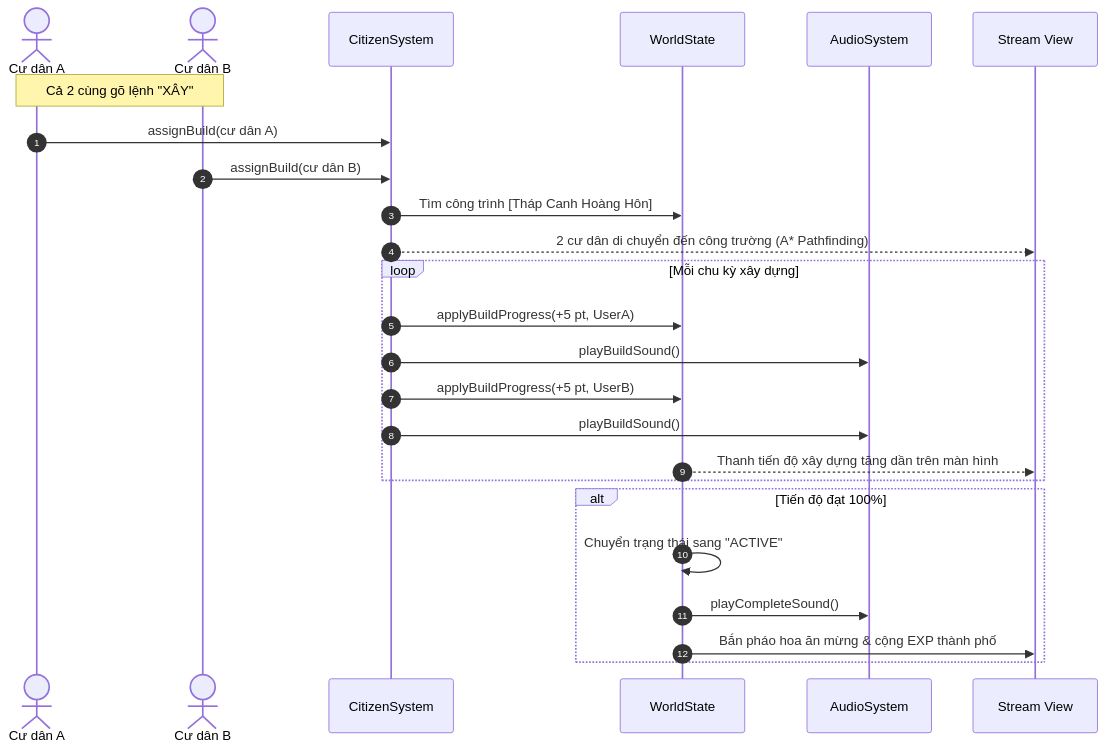
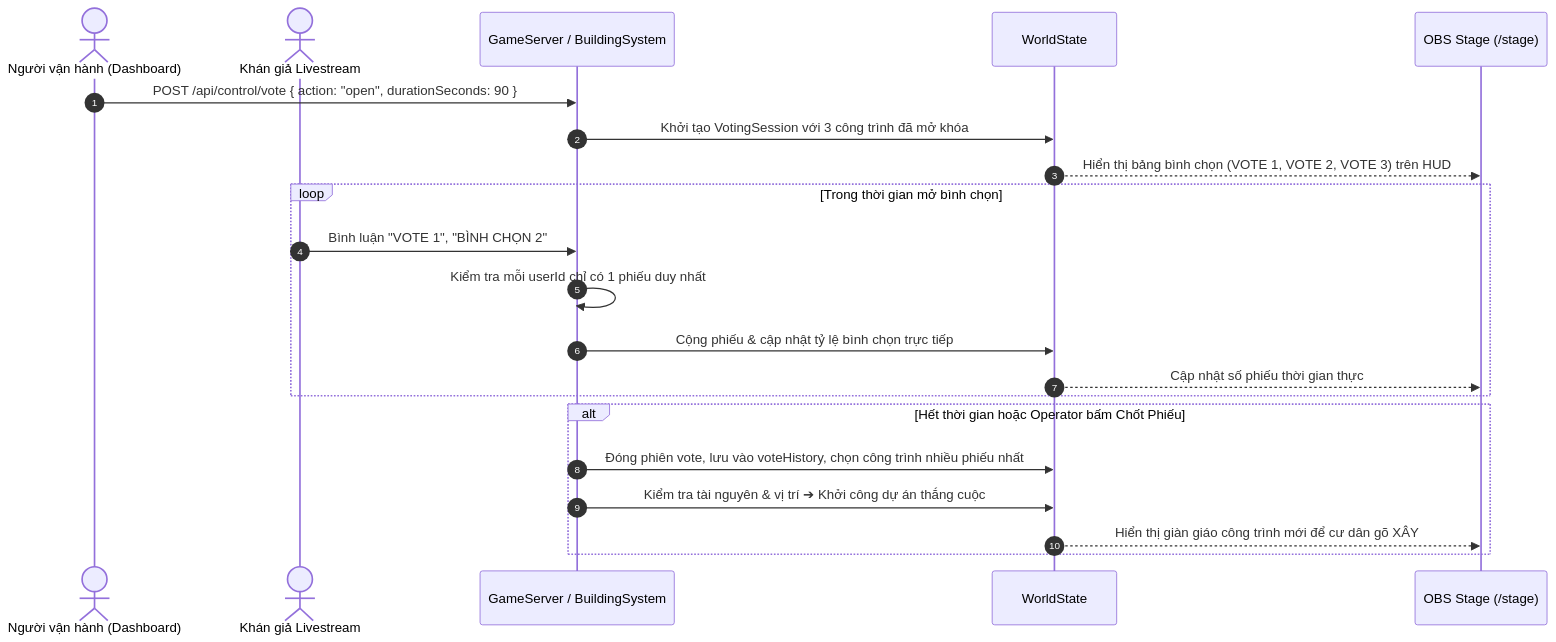
Before and after one commit to tdastoresupport-wq/live-city: the third of 3 diagrams in docs/DATA_FLOW.md, drawn with Mermaid. The commit also changed other lines of this file and 9 other files, not shown here.

Commit message:
docs(release): complete P5 CI workflow, security config, OBS stream setup and gameplay documentation

````diff
--- a/docs/DATA_FLOW.md
+++ b/docs/DATA_FLOW.md
@@ -75,30 +60,26 @@
 ```mermaid
 sequenceDiagram
     autonumber
-    actor UserA as Cư dân A
-    actor UserB as Cư dân B
-    participant System as CitizenSystem
+    actor Operator as Người vận hành (Dashboard)
+    actor Viewers as Khán giả Livestream
+    participant Server as GameServer / BuildingSystem
     participant State as WorldState
-    participant Audio as AudioSystem
-    participant Stage as Stream View
+    participant Stage as OBS Stage (/stage)
 
-    Note over UserA,UserB: Cả 2 cùng gõ lệnh "XÂY"
-    UserA->>System: assignBuild(cư dân A)
-    UserB->>System: assignBuild(cư dân B)
-    System->>State: Tìm công trình [Tháp Canh Hoàng Hôn]
-    System-->>Stage: 2 cư dân di chuyển đến công trường (A* Pathfinding)
-    
-    loop Mỗi chu kỳ xây dựng
-        System->>State: applyBuildProgress(+5 pt, UserA)
-        System->>Audio: playBuildSound()
-        System->>State: applyBuildProgress(+5 pt, UserB)
-        System->>Audio: playBuildSound()
-        State-->>Stage: Thanh tiến độ xây dựng tăng dần trên màn hình
+    Operator->>Server: POST /api/control/vote { action: "open", durationSeconds: 90 }
+    Server->>State: Khởi tạo VotingSession với 3 công trình đã mở khóa
+    State-->>Stage: Hiển thị bảng bình chọn (VOTE 1, VOTE 2, VOTE 3) trên HUD
+
+    loop Trong thời gian mở bình chọn
+        Viewers->>Server: Bình luận "VOTE 1", "BÌNH CHỌN 2"
+        Server->>Server: Kiểm tra mỗi userId chỉ có 1 phiếu duy nhất
+        Server->>State: Cộng phiếu & cập nhật tỷ lệ bình chọn trực tiếp
+        State-->>Stage: Cập nhật số phiếu thời gian thực
     end
 
-    alt Tiến độ đạt 100%
-        State->>State: Chuyển trạng thái sang "ACTIVE"
-        State->>Audio: playCompleteSound()
-        State->>Stage: Bắn pháo hoa ăn mừng & cộng EXP thành phố
+    alt Hết thời gian hoặc Operator bấm Chốt Phiếu
+        Server->>State: Đóng phiên vote, lưu vào voteHistory, chọn công trình nhiều phiếu nhất
+        Server->>State: Kiểm tra tài nguyên & vị trí ➔ Khởi công dự án thắng cuộc
+        State-->>Stage: Hiển thị giàn giáo công trình mới để cư dân gõ XÂY
     end
 ```
````
